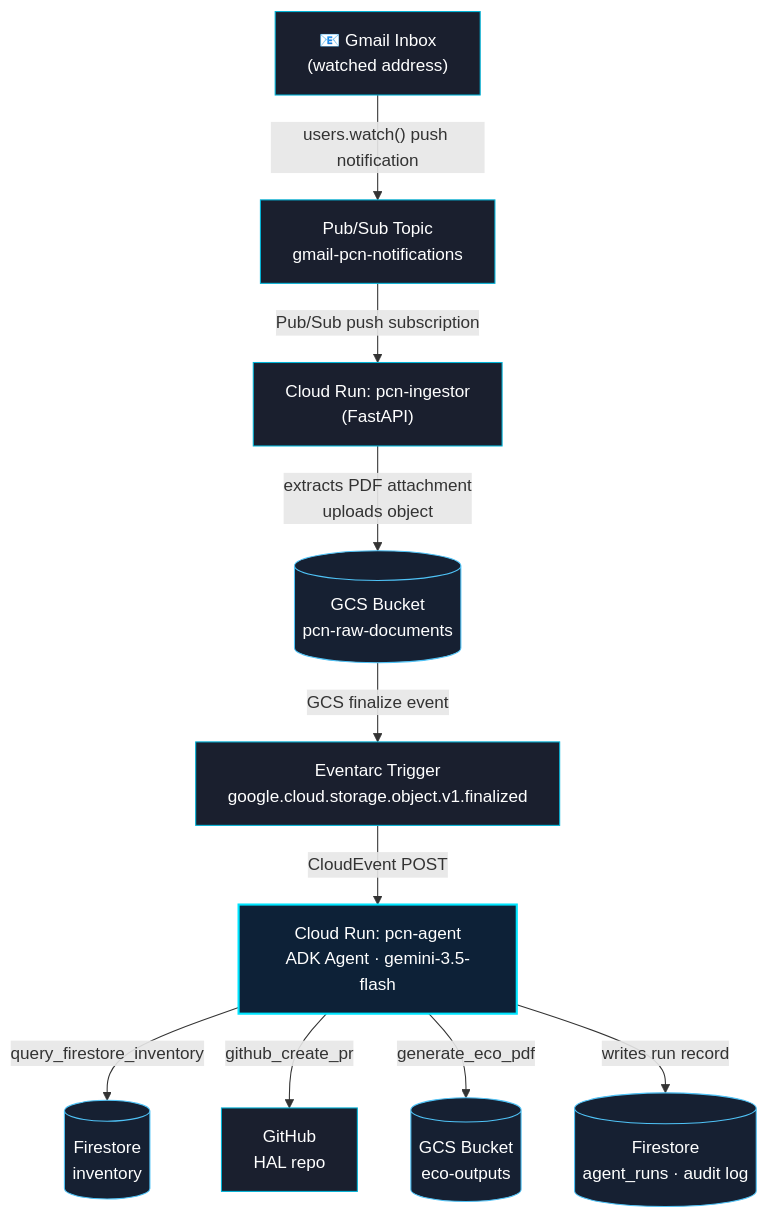
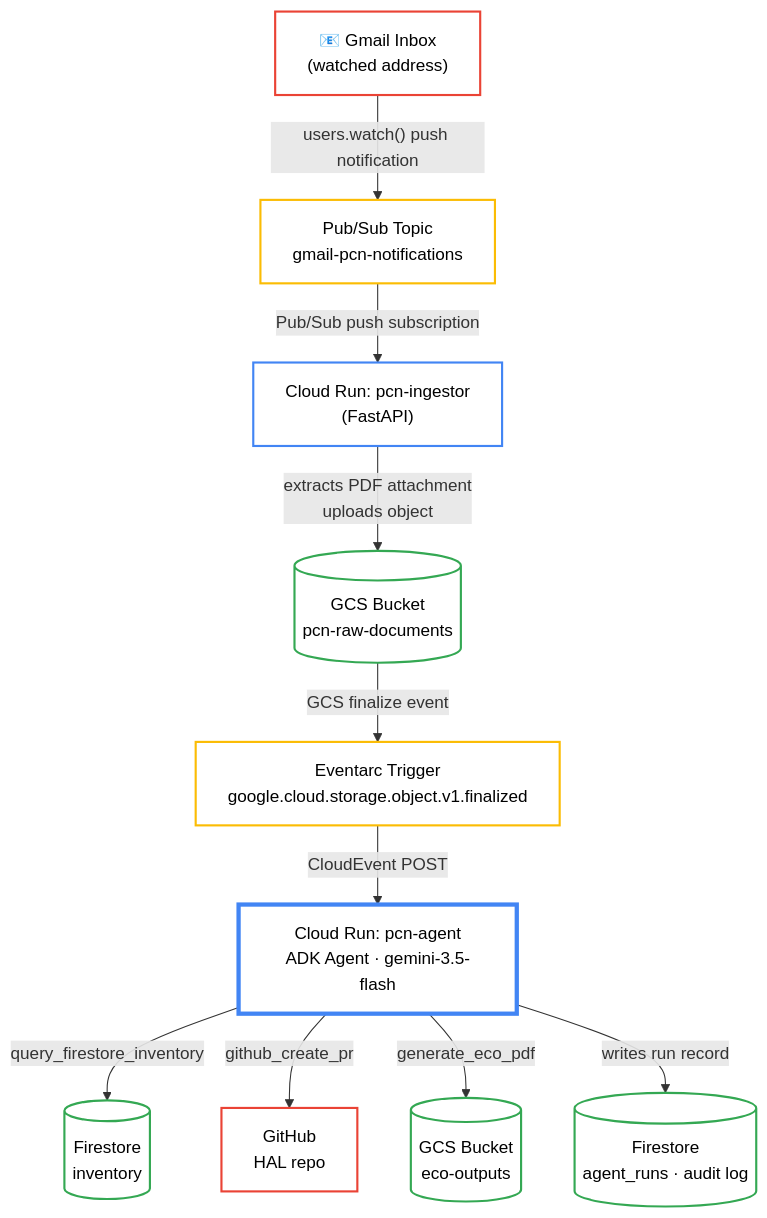
One commit to shawnsony07/pcn-orchestrator-2026 changed the diagram in architecture.mmd. Above: the diagram before and after it, drawn with Mermaid. The commit also changed 1 other file, not shown here.

Commit message:
docs: update architecture diagram colors and render png

```diff
--- a/architecture.mmd
+++ b/architecture.mmd
@@ -1,32 +1,32 @@
 flowchart TD
     A["📧 Gmail Inbox\n(watched address)"]
     B["Pub/Sub Topic\ngmail-pcn-notifications"]
     C["Cloud Run: pcn-ingestor\n(FastAPI)"]
     D[("GCS Bucket\npcn-raw-documents")]
     E["Eventarc Trigger\ngoogle.cloud.storage.object.v1.finalized"]
     F["Cloud Run: pcn-agent\nADK Agent · gemini-3.5-flash"]
     G[("Firestore\ninventory")]
     H["GitHub\nHAL repo"]
     I[("GCS Bucket\neco-outputs")]
     J[("Firestore\nagent_runs · audit log")]
 
     A -->|"users.watch() push notification"| B
     B -->|"Pub/Sub push subscription"| C
     C -->|"extracts PDF attachment\nuploads object"| D
     D -->|"GCS finalize event"| E
     E -->|"CloudEvent POST"| F
     F -->|"query_firestore_inventory"| G
     F -->|"github_create_pr"| H
     F -->|"generate_eco_pdf"| I
     F -->|"writes run record"| J
 
-    style A fill:#1a1f2e,stroke:#00b4d8,color:#fff
-    style B fill:#1a1f2e,stroke:#00b4d8,color:#fff
-    style C fill:#1a1f2e,stroke:#00b4d8,color:#fff
-    style D fill:#162032,stroke:#4fc3f7,color:#fff
-    style E fill:#1a1f2e,stroke:#00b4d8,color:#fff
-    style F fill:#0d2137,stroke:#00e5ff,color:#fff,stroke-width:2px
-    style G fill:#162032,stroke:#4fc3f7,color:#fff
-    style H fill:#1a1f2e,stroke:#00b4d8,color:#fff
-    style I fill:#162032,stroke:#4fc3f7,color:#fff
-    style J fill:#162032,stroke:#4fc3f7,color:#fff
+    style A fill:#ffffff,stroke:#ea4335,stroke-width:2px,color:#000000
+    style B fill:#ffffff,stroke:#fbbc04,stroke-width:2px,color:#000000
+    style C fill:#ffffff,stroke:#4285f4,stroke-width:2px,color:#000000
+    style D fill:#ffffff,stroke:#34a853,stroke-width:2px,color:#000000
+    style E fill:#ffffff,stroke:#fbbc04,stroke-width:2px,color:#000000
+    style F fill:#ffffff,stroke:#4285f4,stroke-width:4px,color:#000000
+    style G fill:#ffffff,stroke:#34a853,stroke-width:2px,color:#000000
+    style H fill:#ffffff,stroke:#ea4335,stroke-width:2px,color:#000000
+    style I fill:#ffffff,stroke:#34a853,stroke-width:2px,color:#000000
+    style J fill:#ffffff,stroke:#34a853,stroke-width:2px,color:#000000
```
